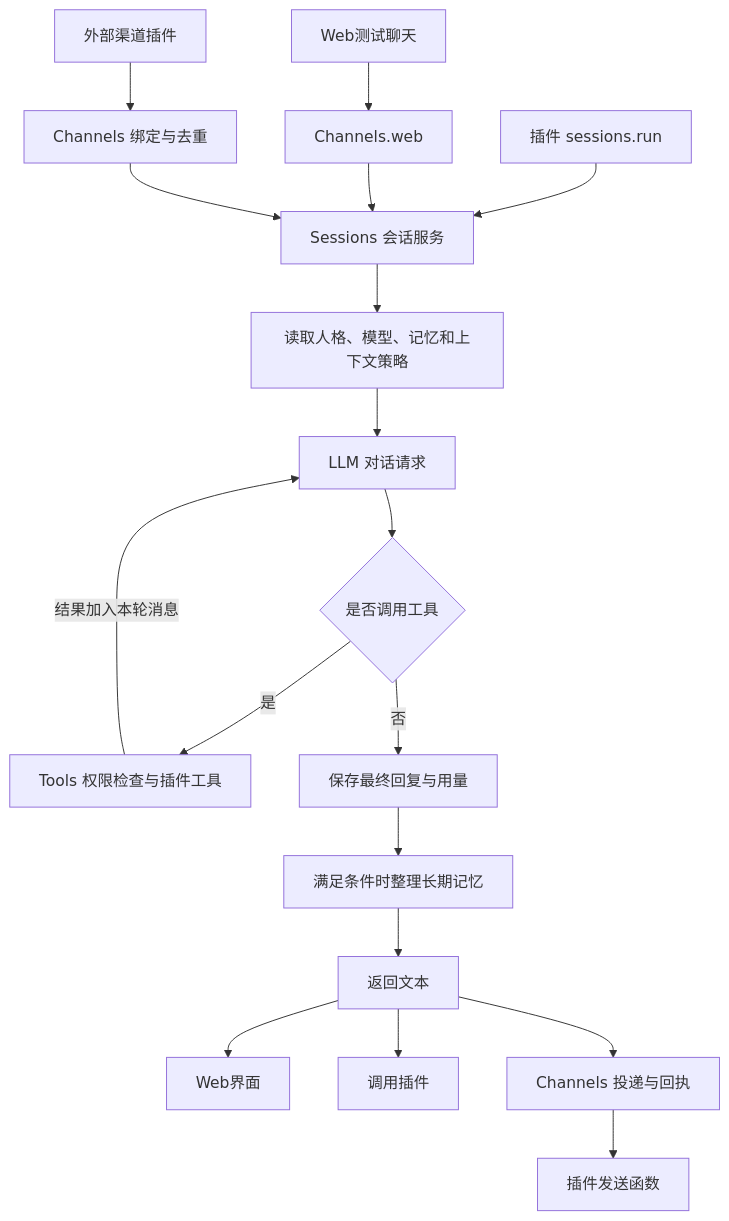
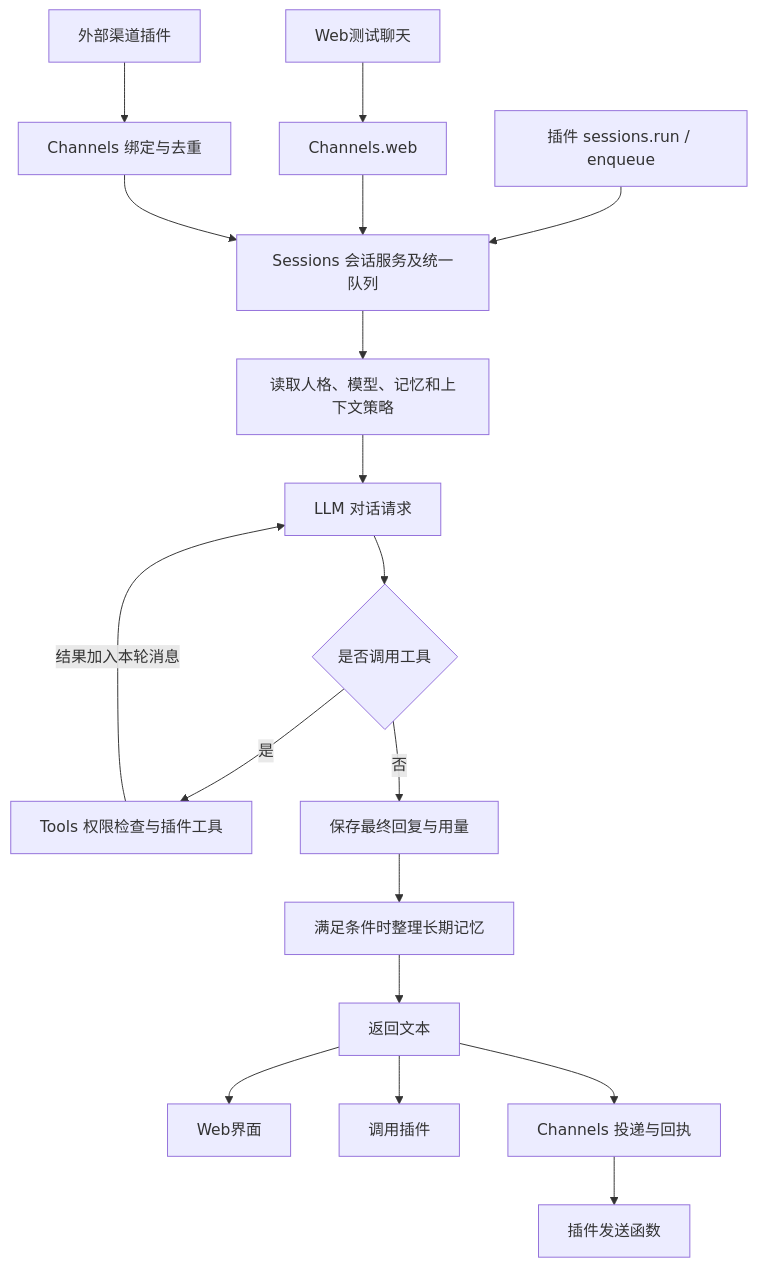
Before and after one commit to FelixTaXk/whalelife: the diagram in architecture/STATUS.md, drawn with Mermaid. The commit also changed other lines of this file and 63 other files, not shown here.

```diff
--- a/architecture/STATUS.md
+++ b/architecture/STATUS.md
@@ -125,20 +140,20 @@
 ~~~mermaid
 flowchart TD
   W[Web测试聊天] --> CW[Channels.web]
-  P[插件 sessions.run] --> S[Sessions 会话服务]
+  P[插件 sessions.run / enqueue] --> S[Sessions 会话服务及统一队列]
   E[外部渠道插件] --> C[Channels 绑定与去重]
   CW --> S
   C --> S
   S --> A[读取人格、模型、记忆和上下文策略]
   A --> L[LLM 对话请求]
   L --> Q{是否调用工具}
   Q -->|是| T[Tools 权限检查与插件工具]
   T -->|结果加入本轮消息| L
   Q -->|否| R[保存最终回复与用量]
   R --> M[满足条件时整理长期记忆]
   M --> O[返回文本]
   O --> UI[Web界面]
   O --> PR[调用插件]
   O --> CP[Channels 投递与回执]
   CP --> D[插件发送函数]
 ~~~
```
